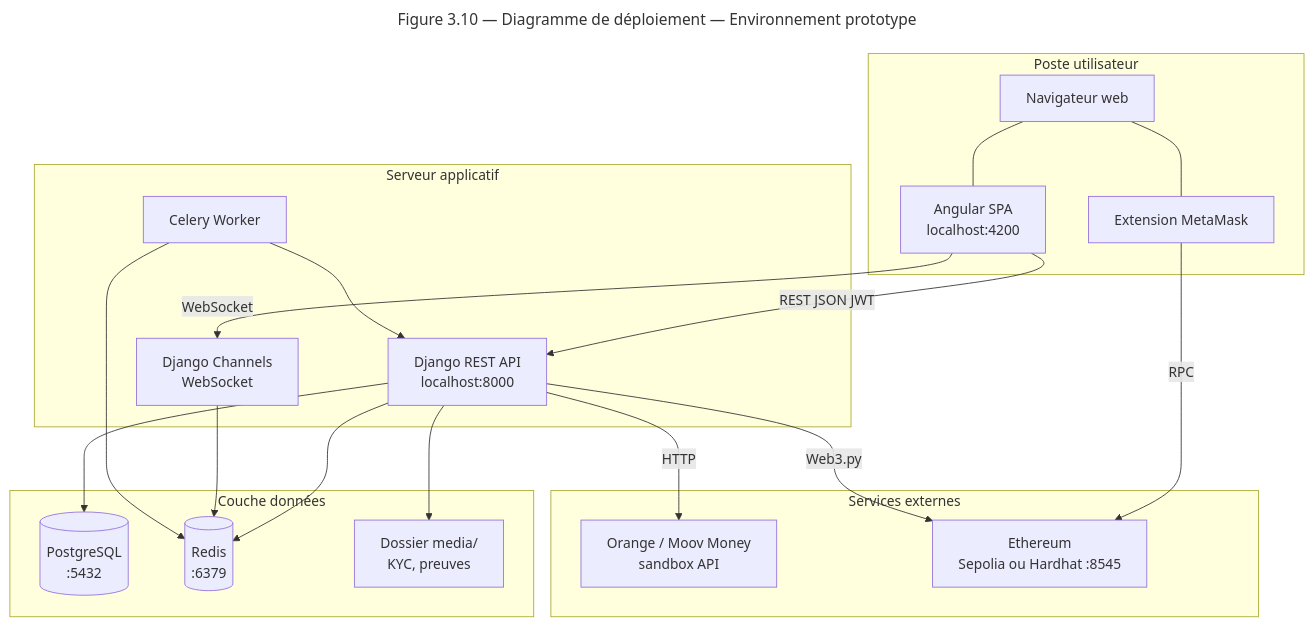
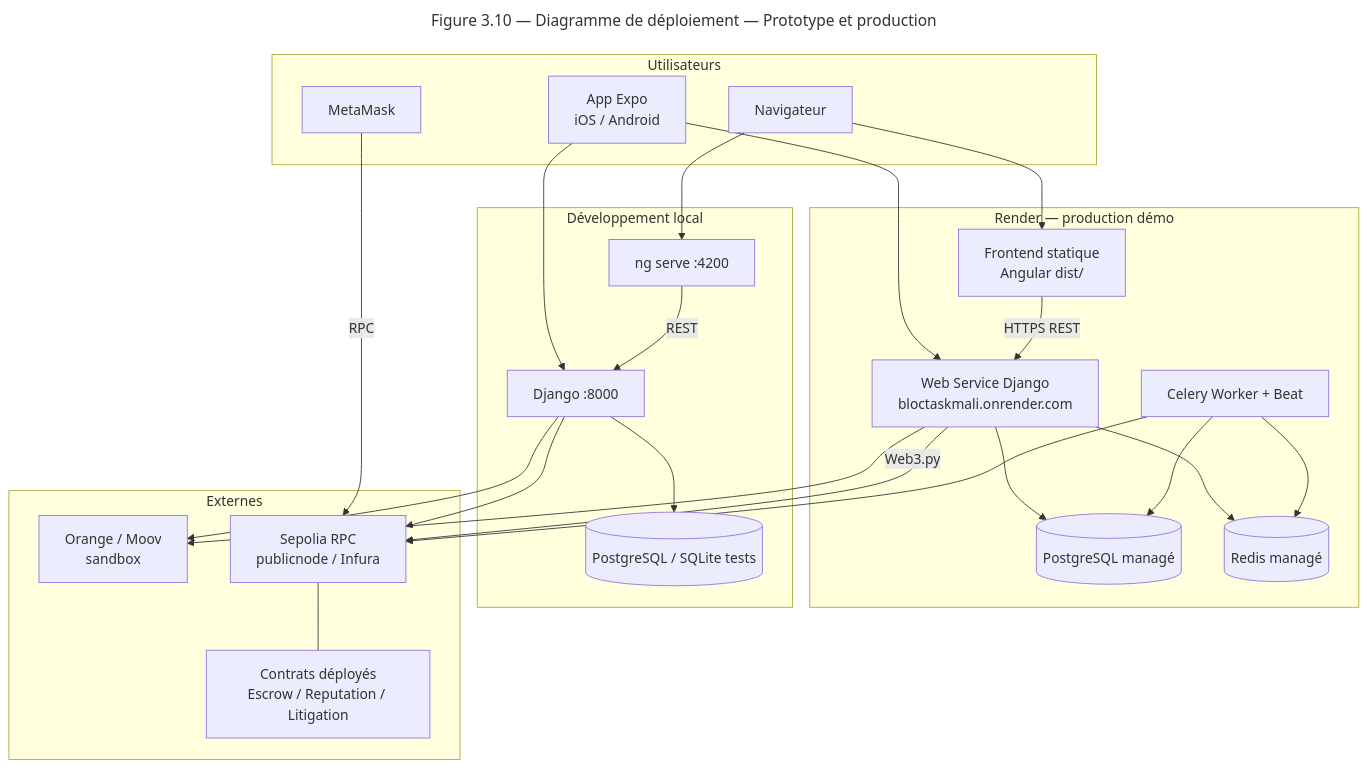
Before and after one commit to assourita/BloctaskMali: the diagram in rapport memoire/mermaid/10-deploiement.mmd, drawn with Mermaid. The commit also changed 16 other files, not shown here.

First line of the commit message:
docs: refresh UML/C4/sequence diagrams; fix provider mission status types

```diff
--- a/rapport memoire/mermaid/10-deploiement.mmd
+++ b/rapport memoire/mermaid/10-deploiement.mmd
@@ -1,40 +1,48 @@
 ---
-title: Figure 3.10 — Diagramme de déploiement — Environnement prototype
+title: Figure 3.10 — Diagramme de déploiement — Prototype et production
 ---
 flowchart TB
-    subgraph ClientLayer["Poste utilisateur"]
-        Browser["Navigateur web"]
-        SPA["Angular SPA<br/>localhost:4200"]
-        MetaMask["Extension MetaMask"]
-        Browser --- SPA
-        Browser --- MetaMask
+    subgraph Users["Utilisateurs"]
+        Browser["Navigateur"]
+        Phone["App Expo<br/>iOS / Android"]
+        MetaMask["MetaMask"]
     end
 
-    subgraph ServerLayer["Serveur applicatif"]
-        Django["Django REST API<br/>localhost:8000"]
-        Channels["Django Channels<br/>WebSocket"]
-        Celery["Celery Worker"]
+    subgraph Render["Render — production démo"]
+        FE["Frontend statique<br/>Angular dist/"]
+        BE["Web Service Django<br/>bloctaskmali.onrender.com"]
+        WK["Celery Worker + Beat"]
+        PG[("PostgreSQL managé")]
+        RD[("Redis managé")]
     end
 
-    subgraph DataLayer["Couche données"]
-        PG[("PostgreSQL<br/>:5432")]
-        Redis[("Redis<br/>:6379")]
-        Media["Dossier media/<br/>KYC, preuves"]
+    subgraph Local["Développement local"]
+        SPA["ng serve :4200"]
+        API["Django :8000"]
+        DEVPG[("PostgreSQL / SQLite tests")]
     end
 
-    subgraph ExternalLayer["Services externes"]
-        MM_API["Orange / Moov Money<br/>sandbox API"]
-        ETH["Ethereum<br/>Sepolia ou Hardhat :8545"]
+    subgraph External["Externes"]
+        MM["Orange / Moov<br/>sandbox"]
+        ETH["Sepolia RPC<br/>publicnode / Infura"]
+        SC["Contrats déployés<br/>Escrow / Reputation / Litigation"]
     end
 
-    SPA -->|REST JSON JWT| Django
-    SPA -->|WebSocket| Channels
+    Browser --> FE
+    Browser --> SPA
+    Phone --> BE
+    Phone --> API
+    FE -->|HTTPS REST| BE
+    SPA -->|REST| API
     MetaMask -->|RPC| ETH
-    Django --> PG
-    Django --> Redis
-    Django --> Media
-    Django -->|Web3.py| ETH
-    Django -->|HTTP| MM_API
-    Channels --> Redis
-    Celery --> Redis
-    Celery --> Django
+    BE --> PG
+    BE --> RD
+    BE -->|Web3.py| ETH
+    BE --> MM
+    WK --> RD
+    WK --> PG
+    WK --> ETH
+    ETH --- SC
+    API --> DEVPG
+    API --> ETH
+    API --> MM
```
